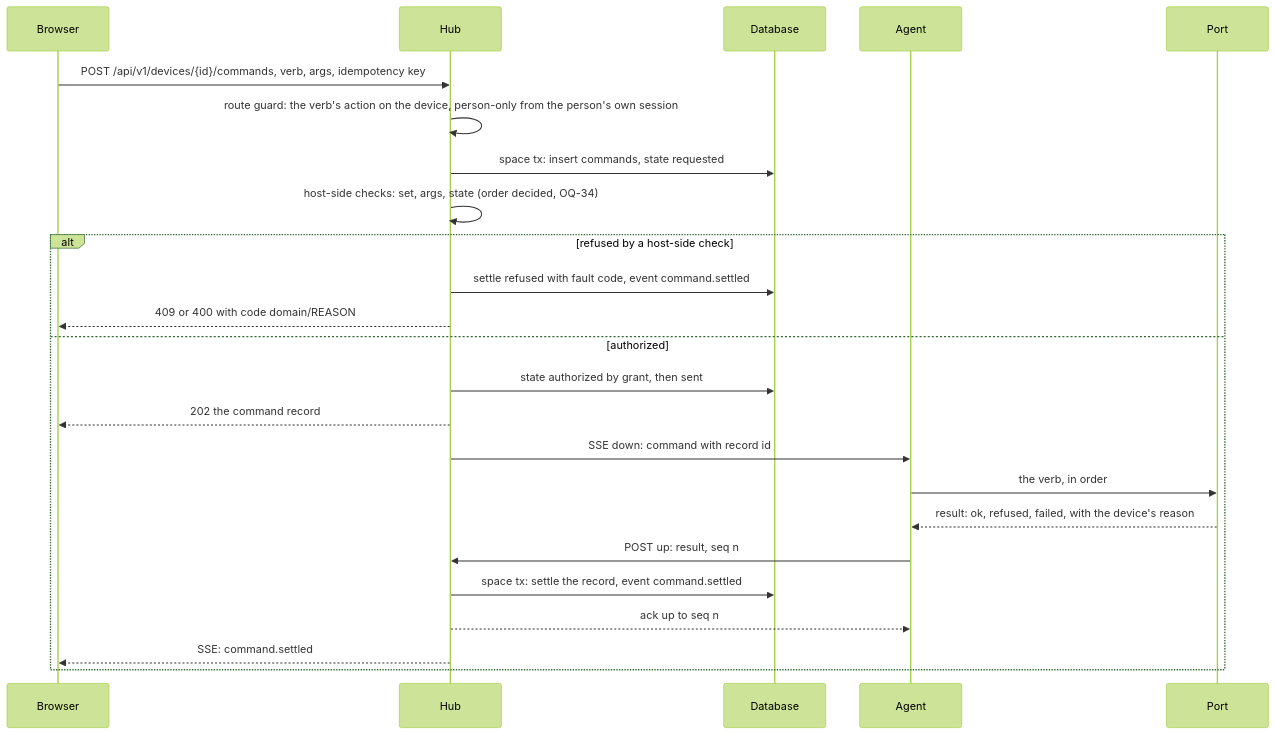
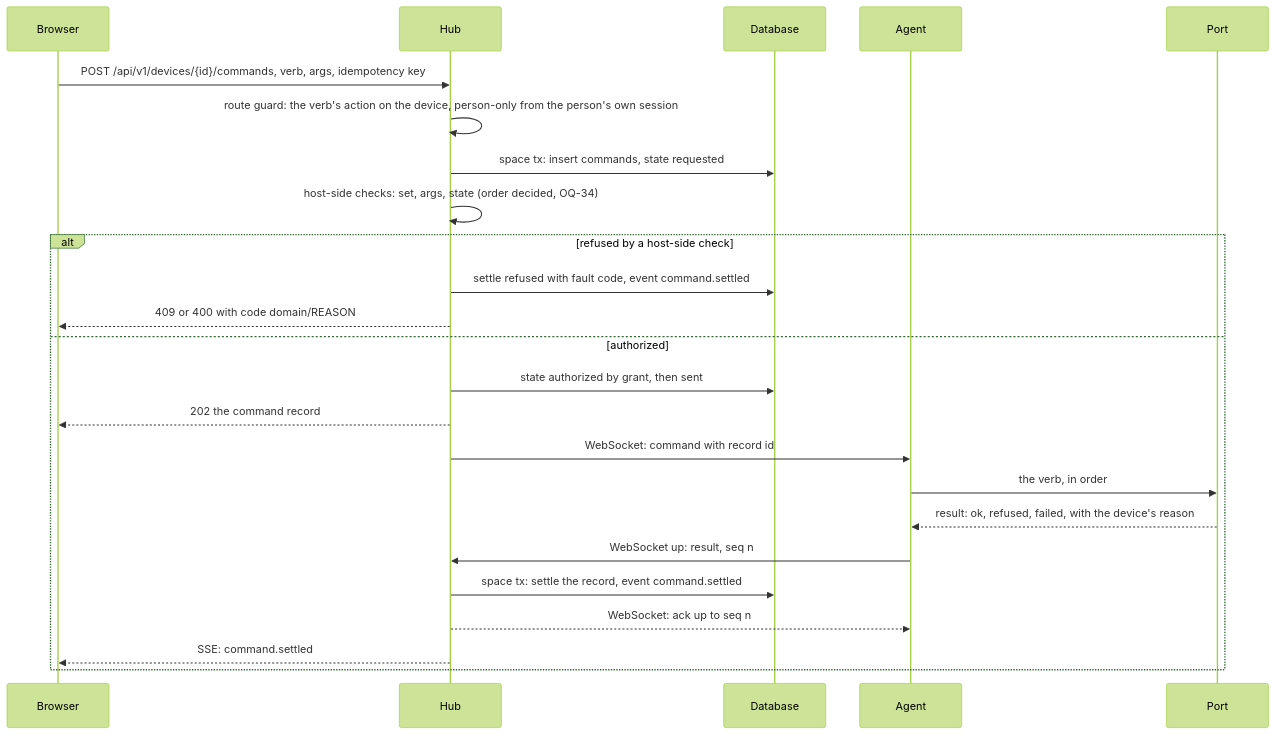
Before and after one commit to CuriousTimo/Maker-Connect: the third of 9 diagrams in docs/design/flows.md, drawn with Mermaid (forest theme). The commit also changed other lines of this file and 20 other files, not shown here.

````diff
--- a/docs/design/flows.md
+++ b/docs/design/flows.md
@@ -79,26 +83,26 @@
 ```mermaid
 sequenceDiagram
   participant B as Browser
   participant H as Hub
   participant D as Database
   participant A as Agent
   participant X as Port
   B->>H: POST /api/v1/devices/{id}/commands, verb, args, idempotency key
   H->>H: route guard: the verb's action on the device, person-only from the person's own session
   H->>D: space tx: insert commands, state requested
   H->>H: host-side checks: set, args, state (order decided, OQ-34)
   alt refused by a host-side check
     H->>D: settle refused with fault code, event command.settled
     H-->>B: 409 or 400 with code domain/REASON
   else authorized
     H->>D: state authorized by grant, then sent
     H-->>B: 202 the command record
-    H->>A: SSE down: command with record id
+    H->>A: WebSocket: command with record id
     A->>X: the verb, in order
     X-->>A: result: ok, refused, failed, with the device's reason
-    A->>H: POST up: result, seq n
+    A->>H: WebSocket up: result, seq n
     H->>D: space tx: settle the record, event command.settled
-    H-->>A: ack up to seq n
+    H-->>A: WebSocket: ack up to seq n
     H-->>B: SSE: command.settled
   end
 ```
````
